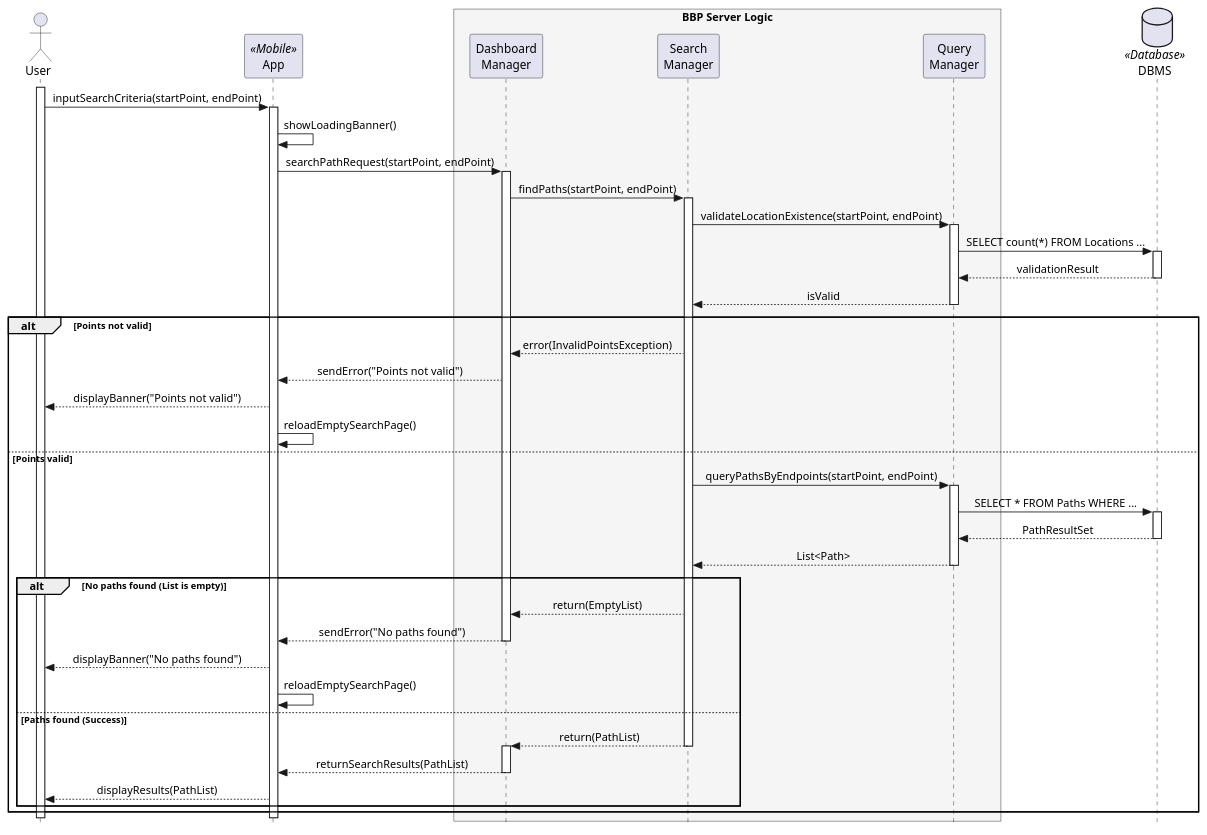
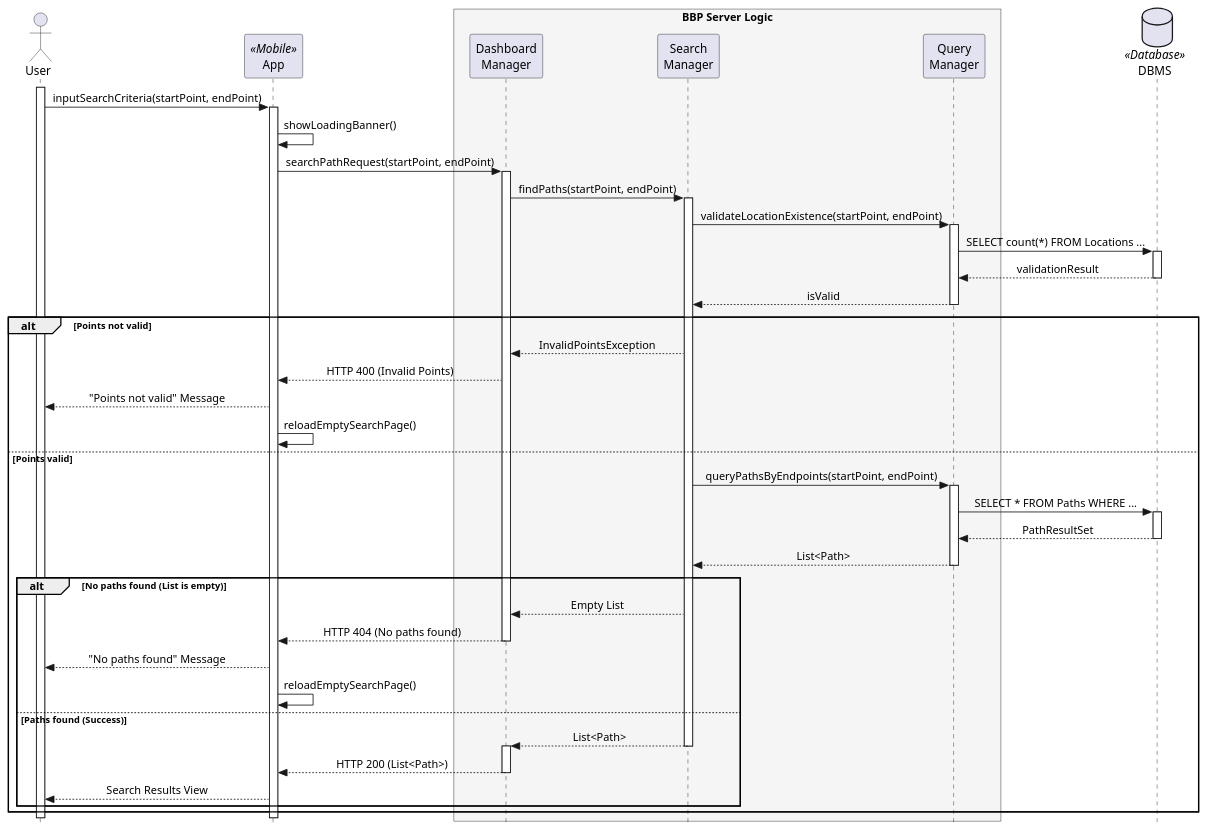
One commit to ABurato26/BuratoCrimellaFaccini changed the diagram in DD/sequence_diagrams/search.plantuml. Above: the diagram before and after it, drawn with PlantUML. The commit also changed 14 other files, not shown here.

```diff
--- a/DD/sequence_diagrams/search.plantuml
+++ b/DD/sequence_diagrams/search.plantuml
@@ -1,73 +1,73 @@
 @startuml
 skinparam style strictuml
 skinparam sequenceMessageAlign center
 skinparam maxMessageSize 350
 skinparam ParticipantPadding 15
 skinparam BoxPadding 10
 
 actor "User" as user
 participant "App" as app <<Mobile>>
 box "BBP Server Logic" #F5F5F5
     participant "Dashboard\nManager" as dashMan
     participant "Search\nManager" as searchMan
     participant "Query\nManager" as queryMan
 end box
 database "DBMS" as db <<Database>>
 
 activate user
 user -> app : inputSearchCriteria(startPoint, endPoint)
 activate app
 app -> app : showLoadingBanner()
 
 app -> dashMan : searchPathRequest(startPoint, endPoint)
 activate dashMan
 dashMan -> searchMan : findPaths(startPoint, endPoint)
 activate searchMan
 
 ' --- STEP 1: VALIDATION ---
 searchMan -> queryMan : validateLocationExistence(startPoint, endPoint)
 activate queryMan
 queryMan -> db : SELECT count(*) FROM Locations ...
 activate db
 db --> queryMan : validationResult
 deactivate db
 queryMan --> searchMan : isValid
 deactivate queryMan
 
 alt Points not valid
-    searchMan --> dashMan : error(InvalidPointsException)
-    dashMan --> app : sendError("Points not valid")
-    app --> user : displayBanner("Points not valid")
+    searchMan --> dashMan : InvalidPointsException
+    dashMan --> app : HTTP 400 (Invalid Points)
+    app --> user : "Points not valid" Message
     app -> app : reloadEmptySearchPage()
 
 else Points valid
     ' --- STEP 2: PATH RETRIEVAL ---
     searchMan -> queryMan : queryPathsByEndpoints(startPoint, endPoint)
     activate queryMan
     queryMan -> db : SELECT * FROM Paths WHERE ...
     activate db
     db --> queryMan : PathResultSet
     deactivate db
     queryMan --> searchMan : List<Path>
     deactivate queryMan
 
     alt No paths found (List is empty)
-        searchMan --> dashMan : return(EmptyList)
-        dashMan --> app : sendError("No paths found")
+        searchMan --> dashMan : Empty List
+        dashMan --> app : HTTP 404 (No paths found)
         deactivate dashMan
-        app --> user : displayBanner("No paths found")
+        app --> user : "No paths found" Message
         app -> app : reloadEmptySearchPage()
     
     else Paths found (Success)
-        searchMan --> dashMan : return(PathList)
+        searchMan --> dashMan : List<Path>
         deactivate searchMan
         activate dashMan
-        dashMan --> app : returnSearchResults(PathList)
+        dashMan --> app : HTTP 200 (List<Path>)
         deactivate dashMan
-        app --> user : displayResults(PathList)
+        app --> user : Search Results View
     end
 end
 
 deactivate app
 deactivate user
 @enduml
```
